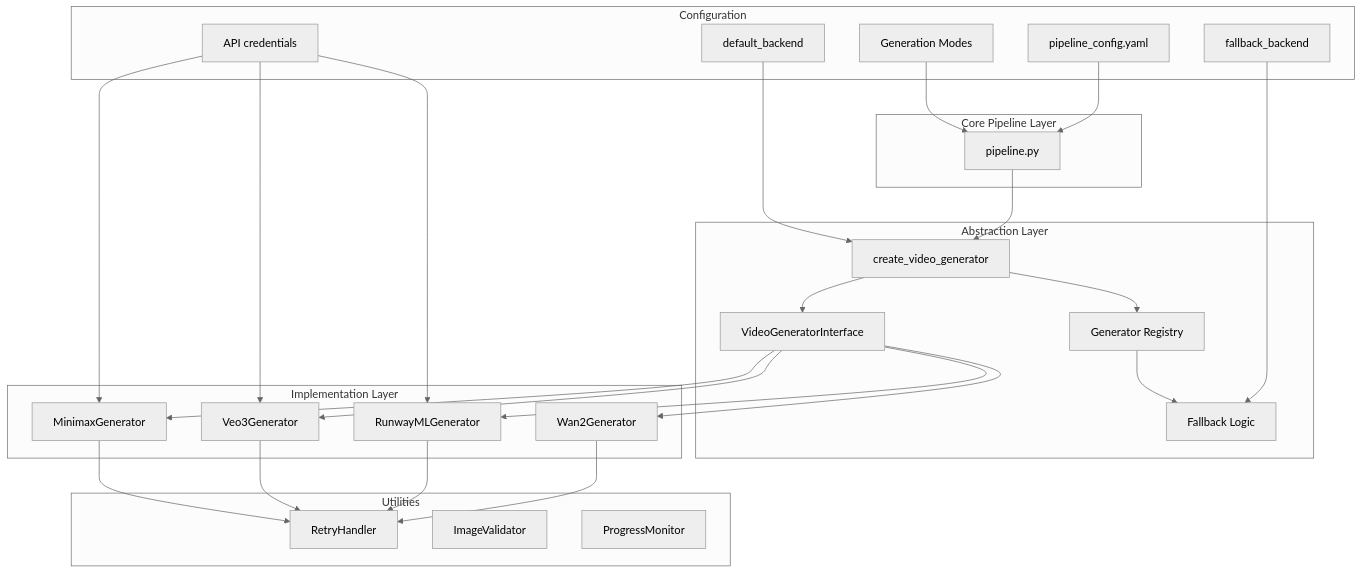
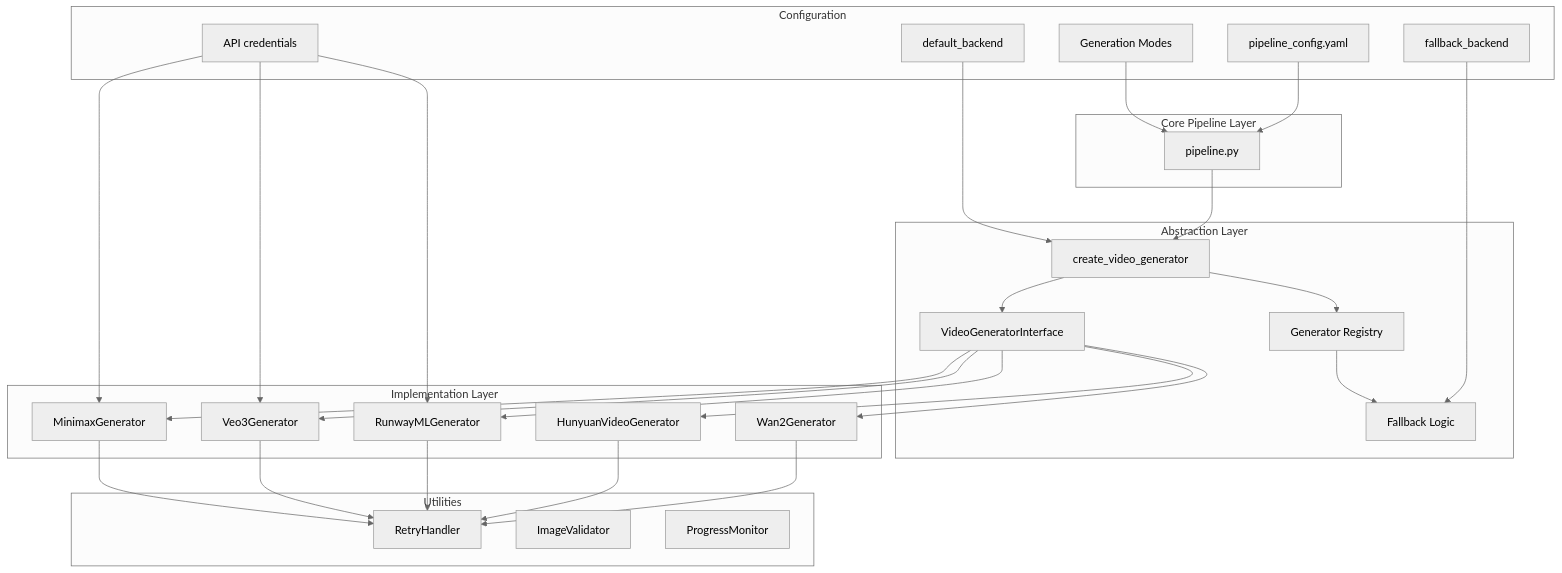
One commit to trilogy-group/ttv-pipeline changed the diagram in docs/04-video-generation-backends.md. Above: the diagram before and after it, drawn with Mermaid (neutral theme). The commit also changed other lines of this file and 8 other files, not shown here.

Commit message:
Add HunyuanVideo local generator support (#3)

````diff
--- a/docs/04-video-generation-backends.md
+++ b/docs/04-video-generation-backends.md
@@ -24,55 +24,58 @@
 ```mermaid
 graph TD
     subgraph "Configuration"
         config[pipeline_config.yaml]
         api_cred[API credentials]
         default[default_backend]
         fallback[fallback_backend]
         modes[Generation Modes]
     end
     
     subgraph "Core Pipeline Layer"
         pipeline[pipeline.py]
         config --> pipeline
         modes --> pipeline
     end
     
     subgraph "Abstraction Layer"
         factory[create_video_generator]
         pipeline --> factory
         default --> factory
         interface[VideoGeneratorInterface]
         registry[Generator Registry]
         factory --> interface
         factory --> registry
         fallback --> fallback_logic[Fallback Logic]
         registry --> fallback_logic
     end
     
     subgraph "Implementation Layer"
         wan2[Wan2Generator]
+        hunyuan[HunyuanVideoGenerator]
         runway[RunwayMLGenerator]
         veo3[Veo3Generator]
         minimax[MinimaxGenerator]
         
         interface --> wan2
+        interface --> hunyuan
         interface --> runway
         interface --> veo3
         interface --> minimax
         
         api_cred --> runway
         api_cred --> veo3
         api_cred --> minimax
     end
     
     subgraph "Utilities"
         retry[RetryHandler]
         validator[ImageValidator]
         monitor[ProgressMonitor]
         
         wan2 --> retry
+        hunyuan --> retry
         runway --> retry
         veo3 --> retry
         minimax --> retry
     end
 ```
````
